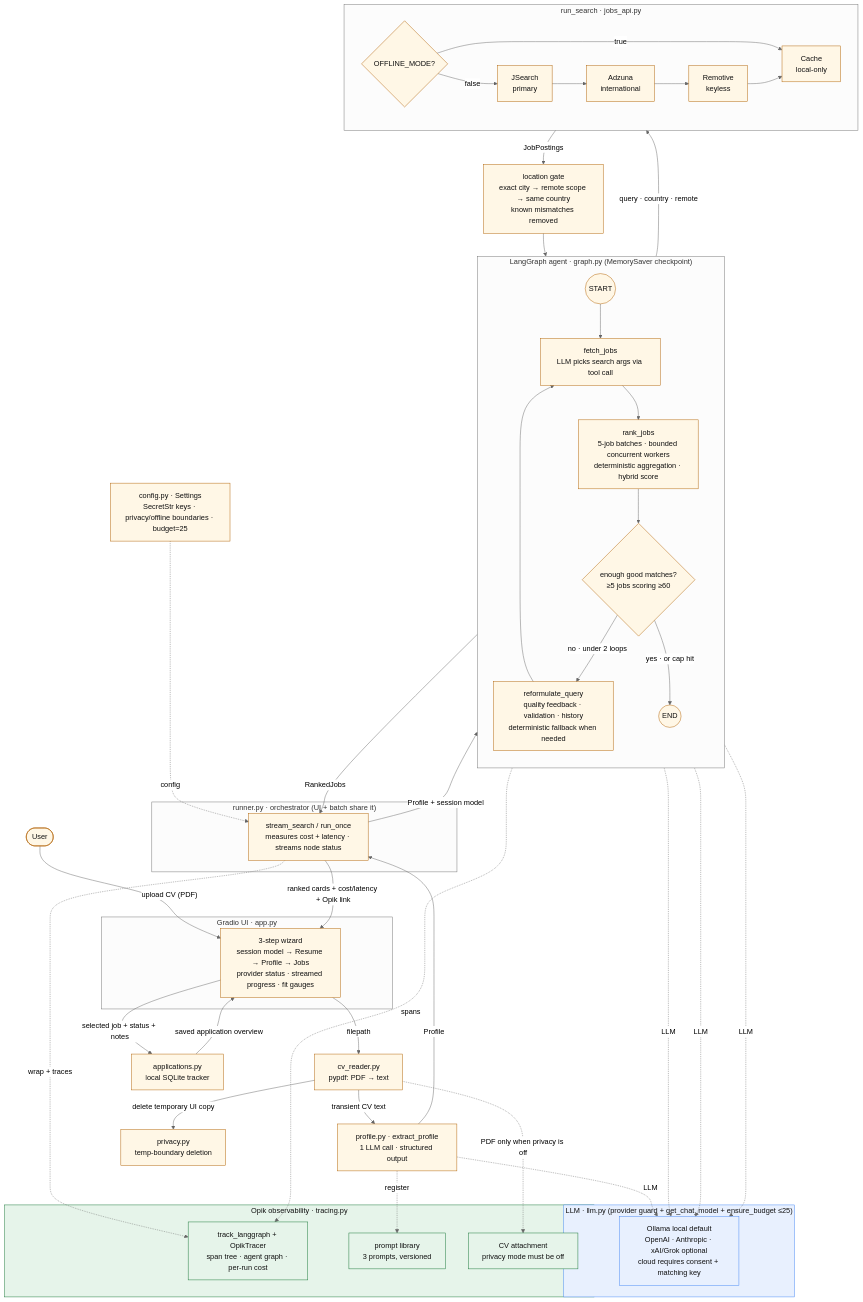
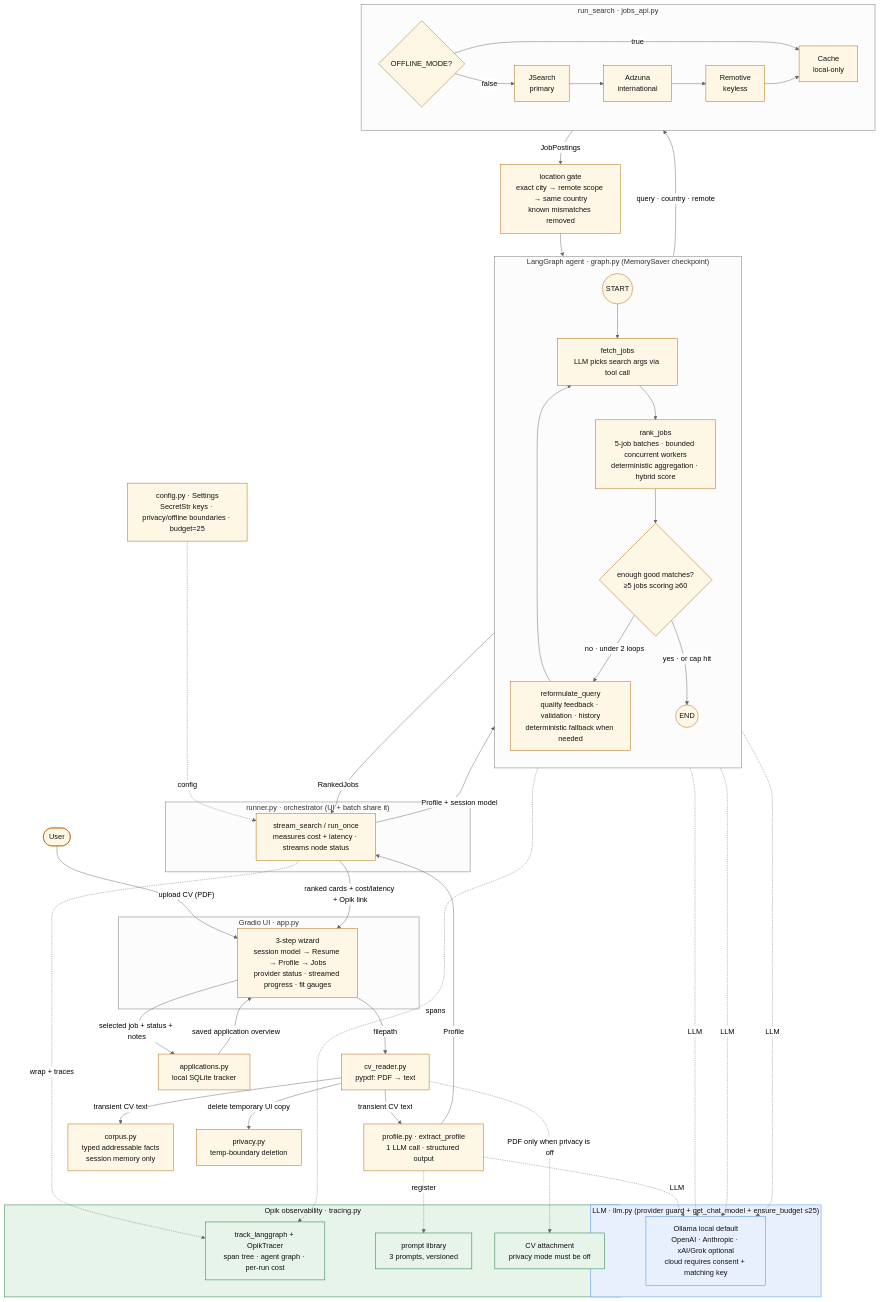
The diagram in docs/architecture.md (exitLQ/the-agent-that-got-me-rejected), drawn with Mermaid (neutral theme) before and after one commit. The commit also changed other lines of this file and 5 other files, not shown here.

````diff
--- a/docs/architecture.md
+++ b/docs/architecture.md
@@ -11,71 +11,72 @@
 ```mermaid
 flowchart TB
   U(["User"]) -->|"upload CV (PDF)"| UI
 
   subgraph UI_L["Gradio UI · app.py"]
     UI["3-step wizard<br/>session model → Resume → Profile → Jobs<br/>provider status · streamed progress · fit gauges"]
   end
 
   UI -->|"filepath"| CVR["cv_reader.py<br/>pypdf: PDF → text"]
   CVR -->|"transient CV text"| EP["profile.py · extract_profile<br/>1 LLM call · structured output"]
+  CVR -->|"transient CV text"| COR["corpus.py<br/>typed addressable facts<br/>session memory only"]
   CVR -->|"delete temporary UI copy"| DEL["privacy.py<br/>temp-boundary deletion"]
   EP -->|"Profile"| RUN
 
   subgraph ORCH["runner.py · orchestrator (UI + batch share it)"]
     RUN["stream_search / run_once<br/>measures cost + latency · streams node status"]
   end
 
   RUN -->|"Profile + session model"| G
 
   subgraph G["LangGraph agent · graph.py (MemorySaver checkpoint)"]
     direction TB
     S((START)) --> FJ
     FJ["fetch_jobs<br/>LLM picks search args via tool call"] --> RJ
     RJ["rank_jobs<br/>5-job batches · bounded concurrent workers<br/>deterministic aggregation · hybrid score"] --> D{"enough good matches?<br/>≥5 jobs scoring ≥60"}
     D -->|"no · under 2 loops"| RQ["reformulate_query<br/>quality feedback · validation · history<br/>deterministic fallback when needed"]
     RQ --> FJ
     D -->|"yes · or cap hit"| E((END))
   end
 
   FJ -->|"query · country · remote"| SRCH
   subgraph SRCH["run_search · jobs_api.py"]
     direction LR
     MODE{"OFFLINE_MODE?"} -->|"true"| CA["Cache<br/>local-only"]
     MODE -->|"false"| JS["JSearch<br/>primary"]
     JS --> AZ["Adzuna<br/>international"] --> RM["Remotive<br/>keyless"] --> CA
   end
   SRCH -->|"JobPostings"| LOC["location gate<br/>exact city → remote scope → same country<br/>known mismatches removed"]
   LOC --> RJ
 
   E -->|"RankedJobs"| RUN
   RUN -->|"ranked cards + cost/latency + Opik link"| UI
   UI -->|"selected job + status + notes"| DB["applications.py<br/>local SQLite tracker"]
   DB -->|"saved application overview"| UI
 
   subgraph LLM_L["LLM · llm.py (provider guard + get_chat_model + ensure_budget ≤25)"]
     OA["Ollama local default<br/>OpenAI · Anthropic · xAI/Grok optional<br/>cloud requires consent + matching key"]
   end
   EP -. "LLM" .-> OA
   FJ -. "LLM" .-> OA
   RJ -. "LLM" .-> OA
   RQ -. "LLM" .-> OA
 
   subgraph OBS["Opik observability · tracing.py"]
     TR["track_langgraph + OpikTracer<br/>span tree · agent graph · per-run cost"]
     PL["prompt library<br/>3 prompts, versioned"]
     AT["CV attachment<br/>privacy mode must be off"]
   end
   RUN -. "wrap + traces" .-> TR
   G -. "spans" .-> TR
   EP -. "register" .-> PL
   CVR -. "PDF only when privacy is off" .-> AT
 
   CFG["config.py · Settings<br/>SecretStr keys · privacy/offline boundaries · budget=25"] -. "config" .-> RUN
 
   classDef llm fill:#e8f0fe,stroke:#4285f4,color:#111;
   classDef obs fill:#e6f4ea,stroke:#137333,color:#111;
   classDef node fill:#fff7e6,stroke:#b06000,color:#111;
   class OA,LLM_L llm;
   class TR,PL,AT,OBS obs;
   class FJ,RJ,RQ node;
 ```
````
